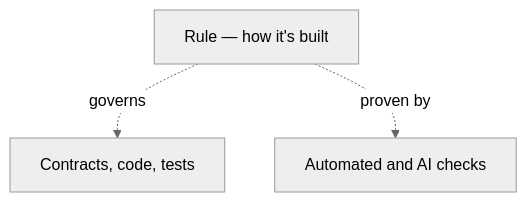
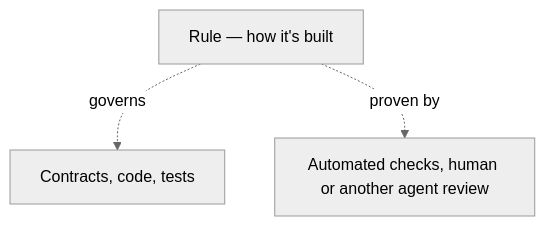
Before and after one commit to foreachpartners/main-spex: the second of 2 diagrams in README.md, drawn with Mermaid (neutral theme). The commit also changed other lines of this file, not shown here.

Commit message:
docs: clarify non-deterministic rules checks

````diff
--- a/README.md
+++ b/README.md
@@ -117,5 +119,5 @@
 ```mermaid
 flowchart TD
     Eng["Rule — how it's built"] -.governs.-> Flow["Contracts, code, tests"]
-    Eng -.proven by.-> Checks["Automated and AI checks"]
+    Eng -.proven by.-> Checks["Automated checks, human or another agent review"]
 ```
````
